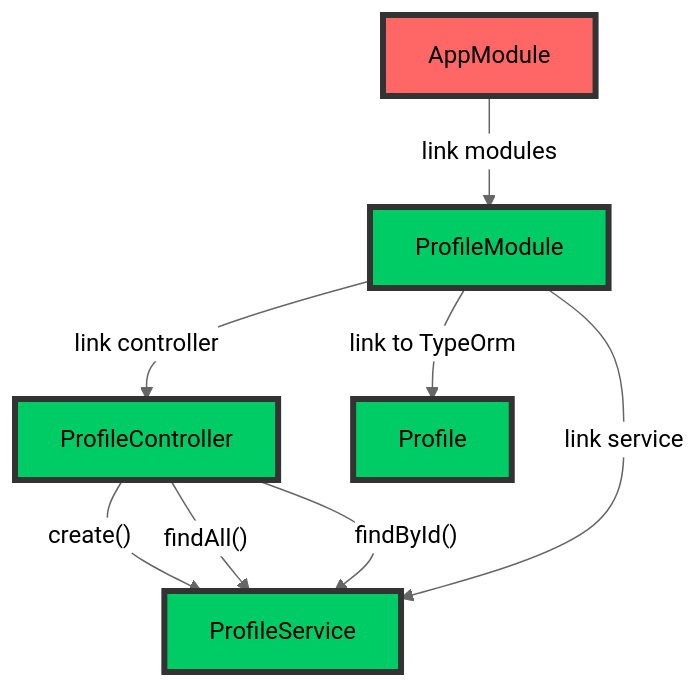
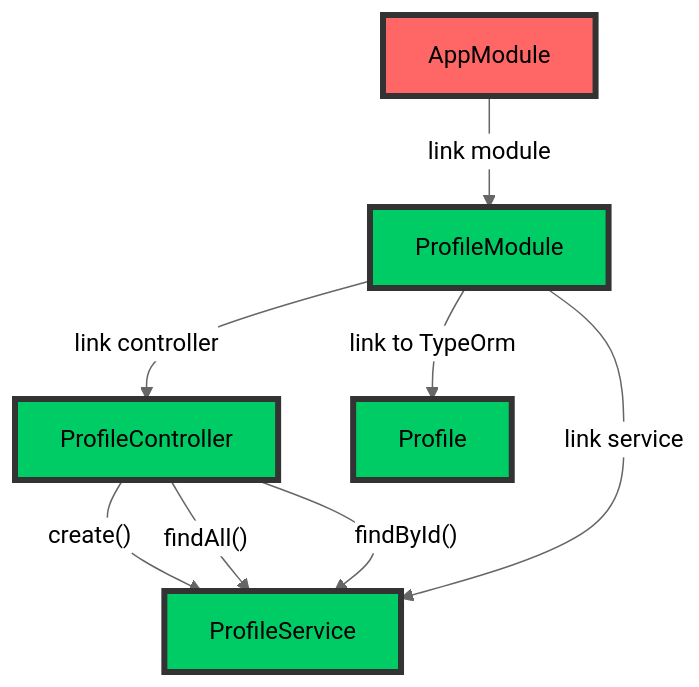
One commit to boostercloud/kyc-example changed the first of 4 diagrams in README.md. Above: the diagram before and after it, drawn with Mermaid (neutral theme). The commit also changed other lines of this file, not shown here.

````diff
--- a/README.md
+++ b/README.md
@@ -104,16 +104,16 @@
 ```mermaid
 graph TD;
-    A[AppModule] -->|"link modules"| B[ProfileModule];
+    A[AppModule] -->|"link module"| B[ProfileModule];
     C[ProfileController] -->|"create()"| D[ProfileService];
     C -->|"findAll()"| D;
     C -->|"findById()"| D;
     B -->|"link controller"| C;
     B -->|"link service"| D;
     B -->|"link to TypeOrm"| E[Profile];
     
     style A fill:#ff6666,stroke:#333,stroke-width:4px;
     style B fill:#00cc66,stroke:#333,stroke-width:4px;
     style C fill:#00cc66,stroke:#333,stroke-width:4px;
     style D fill:#00cc66,stroke:#333,stroke-width:4px;
     style E fill:#00cc66,stroke:#333,stroke-width:4px;
 ```
````
